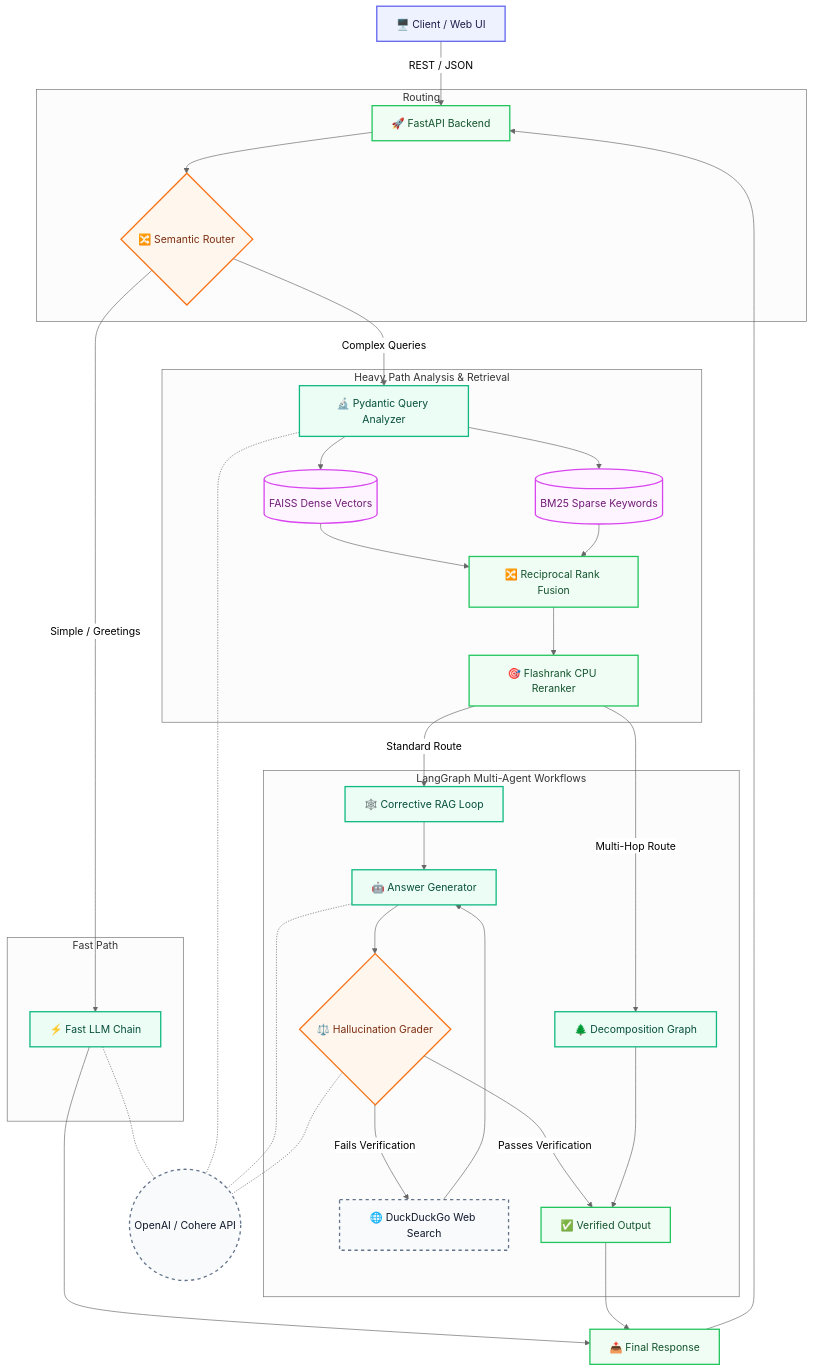
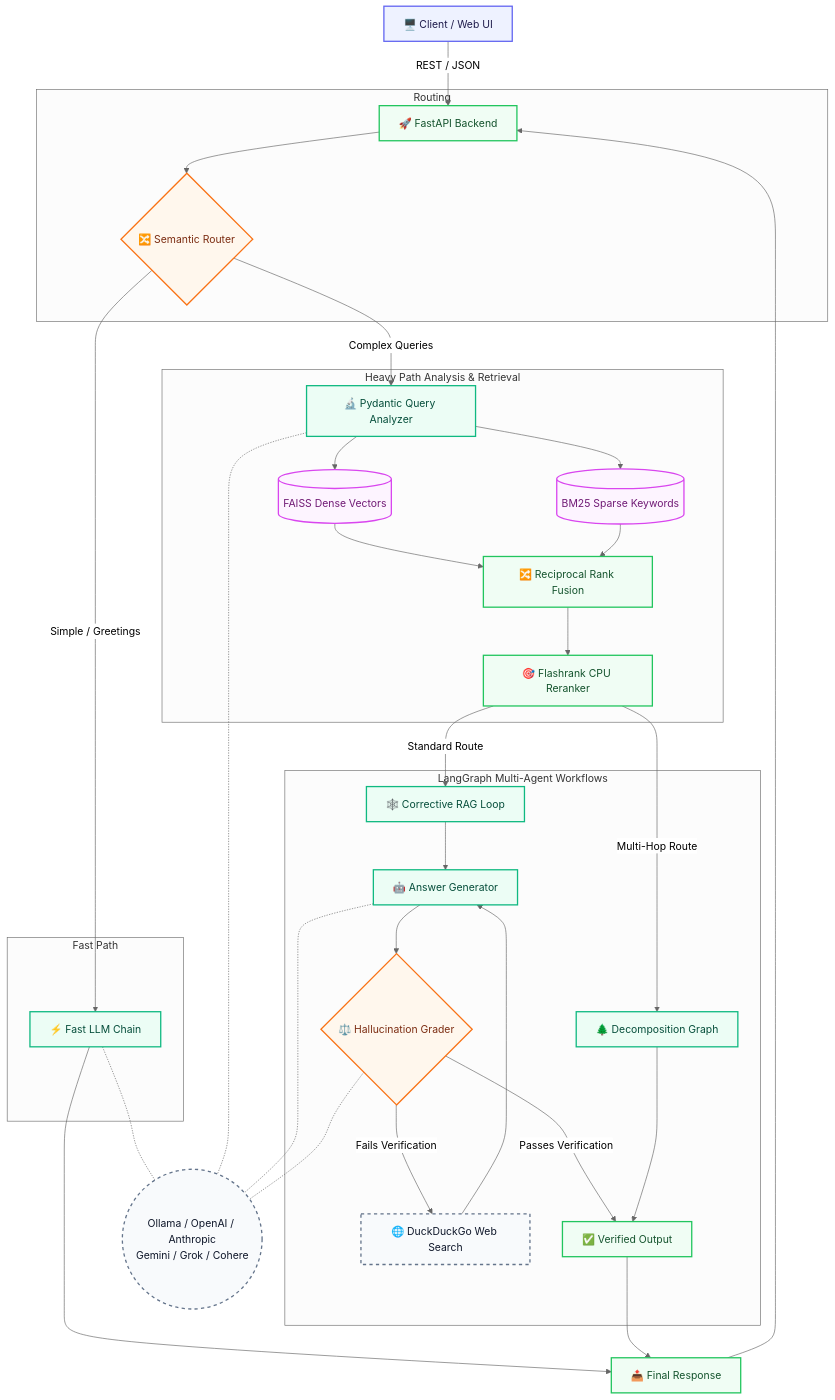
One commit to Sh1vaay/RAG changed the first of 2 diagrams in README.md. Above: the diagram before and after it, drawn with Mermaid (neutral theme). The commit also changed other lines of this file and 9 other files, not shown here.

````diff
--- a/README.md
+++ b/README.md
@@ -32,78 +32,78 @@
 ```mermaid
 graph TD
     %% Styling Definitions
     classDef client fill:#eef2ff,stroke:#6366f1,stroke-width:2px,color:#1e1b4b;
     classDef api fill:#f0fdf4,stroke:#22c55e,stroke-width:2px,color:#14532d;
     classDef router fill:#fff7ed,stroke:#f97316,stroke-width:2px,color:#7c2d12;
     classDef db fill:#fdf4ff,stroke:#d946ef,stroke-width:2px,color:#701a75;
     classDef agent fill:#ecfdf5,stroke:#10b981,stroke-width:2px,color:#064e3b;
     classDef external fill:#f8fafc,stroke:#64748b,stroke-width:2px,color:#0f172a,stroke-dasharray: 5 5;
 
     %% 1. Client & API Layer
     Client[🖥️ Client / Web UI]:::client
     API[🚀 FastAPI Backend]:::api
     Client -->|REST / JSON| API
 
     %% 2. Orchestration & Routing
     subgraph Routing
         Router{🔀 Semantic Router}:::router
         API --> Router
     end
 
     %% 3. Fast Path
     subgraph Fast Path
         FastChain[⚡ Fast LLM Chain]:::agent
         Router -->|Simple / Greetings| FastChain
     end
 
     %% 4. Heavy Path: Analysis & Hybrid Retrieval
     subgraph Heavy Path Analysis & Retrieval
         QueryAnalyzer[🔬 Pydantic Query Analyzer]:::agent
         Router -->|Complex Queries| QueryAnalyzer
         
         FAISS[(FAISS Dense Vectors)]:::db
         BM25[(BM25 Sparse Keywords)]:::db
         
         QueryAnalyzer --> FAISS
         QueryAnalyzer --> BM25
         
         RRF[🔀 Reciprocal Rank Fusion]:::api
         FAISS --> RRF
         BM25 --> RRF
         
         Reranker[🎯 Flashrank CPU Reranker]:::api
         RRF --> Reranker
     end
 
     %% 5. LangGraph Agentic Loop
     subgraph LangGraph Multi-Agent Workflows
         CRAG[🕸️ Corrective RAG Loop]:::agent
         Decomp[🌲 Decomposition Graph]:::agent
         
         Reranker -->|Standard Route| CRAG
         Reranker -->|Multi-Hop Route| Decomp
         
         Generator[🤖 Answer Generator]:::agent
         Grader{⚖️ Hallucination Grader}:::router
         DDG[🌐 DuckDuckGo Web Search]:::external
         
         CRAG --> Generator
         Generator --> Grader
         Grader -->|Fails Verification| DDG
         DDG --> Generator
         Grader -->|Passes Verification| Verified[✅ Verified Output]:::api
         Decomp --> Verified
     end
 
     %% Final Resolution
     FastChain --> Output[📤 Final Response]:::api
     Verified --> Output
     Output --> API
     
     %% External Services
-    LLM((OpenAI / Cohere API)):::external
+    LLM((Ollama / OpenAI / Anthropic<br/>Gemini / Grok / Cohere)):::external
     FastChain -.- LLM
     QueryAnalyzer -.- LLM
     Generator -.- LLM
     Grader -.- LLM
 ```
````
